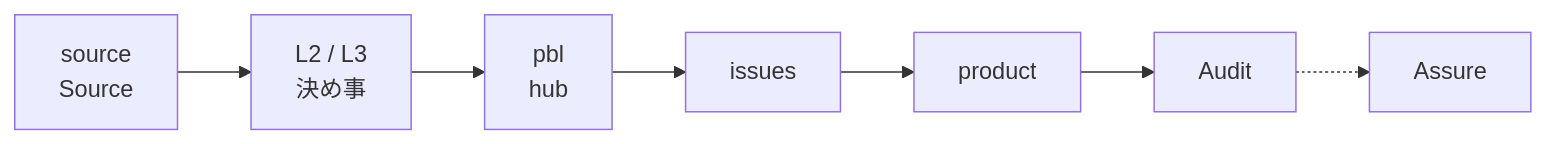
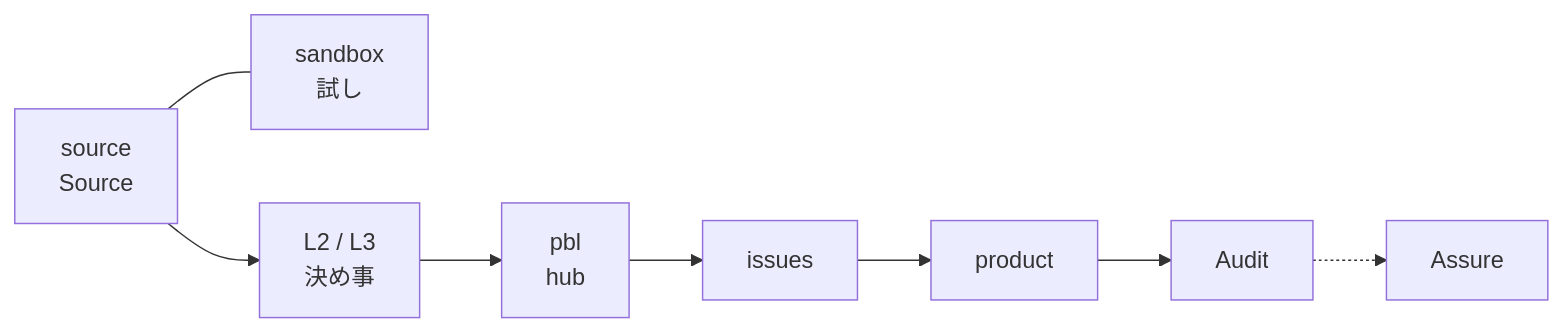
One commit to mizumizue/forgos changed the third of 3 diagrams in README.md. Above: the diagram before and after it, drawn with Mermaid. The commit also changed other lines of this file and 3 other files, not shown here.

Commit message:
Show sandbox alongside source in the pipeline flow.

````diff
--- a/README.md
+++ b/README.md
@@ -75,9 +75,10 @@
 ```mermaid
 flowchart LR
-  d["source<br/>Source"] --> p["L2 / L3<br/>決め事"]
+  d["source<br/>Source"] --- sand["sandbox<br/>試し"]
+  d --> p["L2 / L3<br/>決め事"]
   p --> m["pbl<br/>hub"]
   m --> c["issues"]
   c --> i["product"]
   i --> a["Audit"]
   a -.-> s["Assure"]
 ```
````
